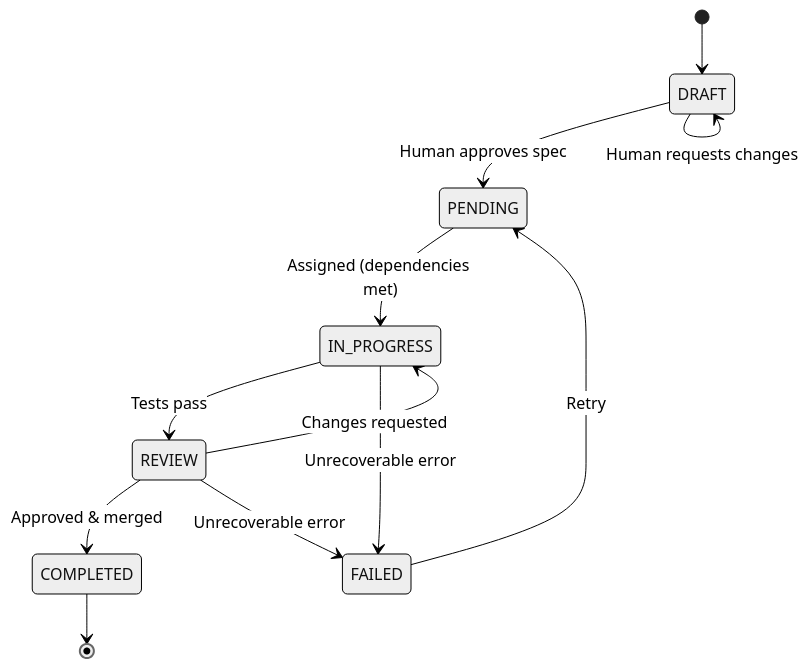
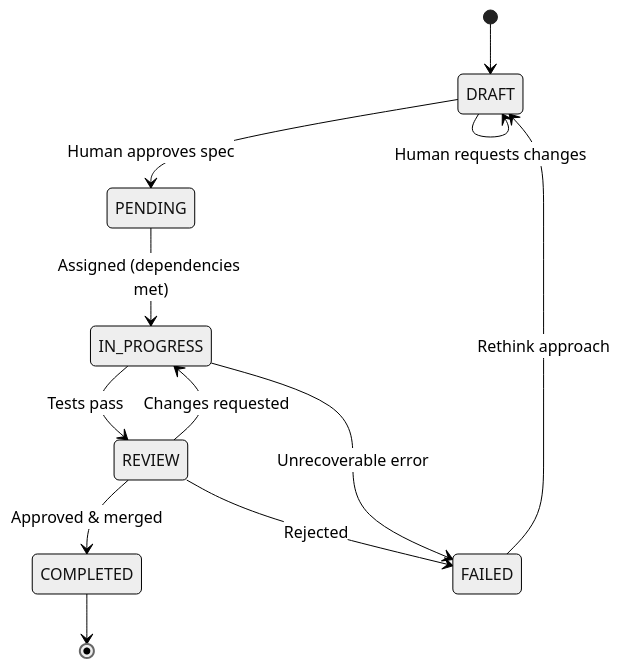
One commit to dbyrne/auto-godot changed the second of 7 diagrams in SPEC.md. Above: the diagram before and after it, drawn with Mermaid (neutral theme). The commit also changed other lines of this file, not shown here.

First line of the commit message:
REVIEW → FAILED is for rejected reviews, not errors

````diff
--- a/SPEC.md
+++ b/SPEC.md
@@ -325,16 +325,16 @@
 ```mermaid
 stateDiagram-v2
     [*] --> DRAFT
     DRAFT --> PENDING: Human approves spec
     DRAFT --> DRAFT: Human requests changes
     PENDING --> IN_PROGRESS: Assigned (dependencies met)
     IN_PROGRESS --> REVIEW: Tests pass
     REVIEW --> COMPLETED: Approved & merged
     REVIEW --> IN_PROGRESS: Changes requested
+    REVIEW --> FAILED: Rejected
     COMPLETED --> [*]
 
     IN_PROGRESS --> FAILED: Unrecoverable error
-    REVIEW --> FAILED: Unrecoverable error
 
-    FAILED --> PENDING: Retry
+    FAILED --> DRAFT: Rethink approach
 ```
````
